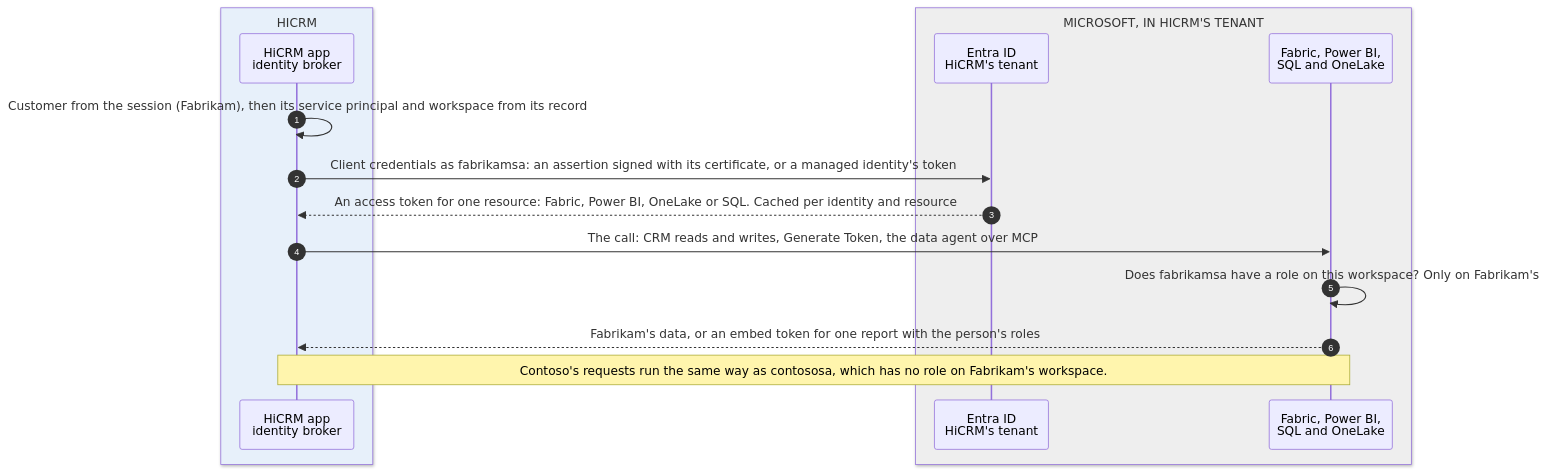
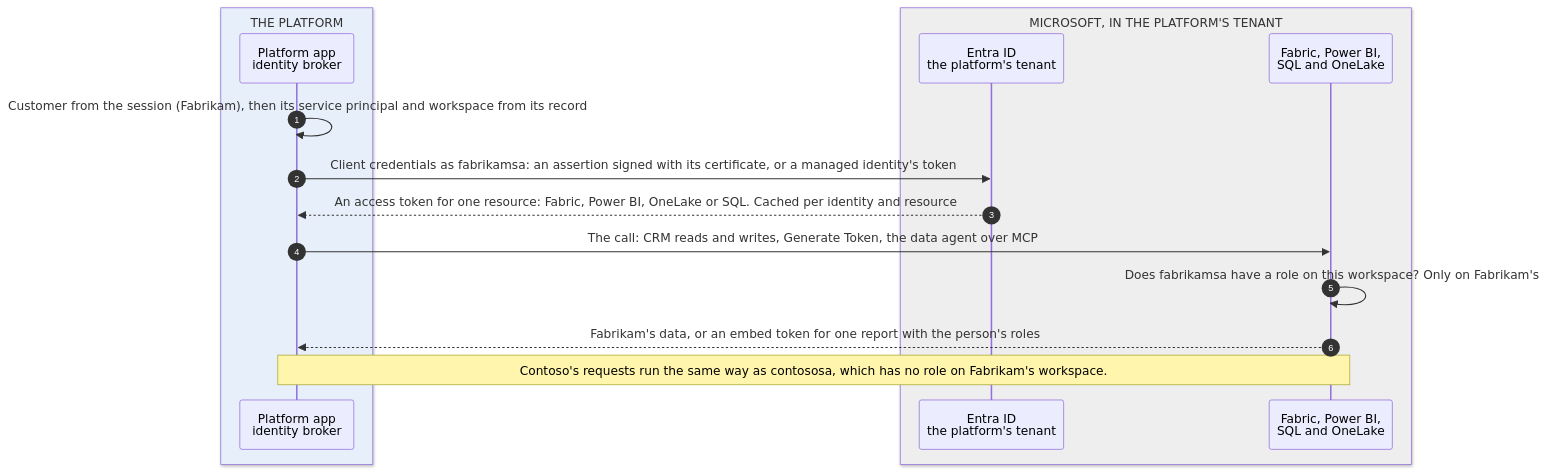
One commit to apkola29/fabric changed the fourth of 5 diagrams in saas-platform/IDENTITIES.md. Above: the diagram before and after it, drawn with Mermaid. The commit also changed other lines of this file and 72 other files, not shown here.

First line of the commit message:
saas-platform: rename HiCRM to the platform app; official Fabric icons

````diff
--- a/saas-platform/IDENTITIES.md
+++ b/saas-platform/IDENTITIES.md
@@ -295,19 +296,19 @@
 ```mermaid
 sequenceDiagram
   autonumber
-  box rgb(231,240,250) HICRM
-    participant A as HiCRM app<br/>identity broker
+  box rgb(231,240,250) THE PLATFORM
+    participant A as Platform app<br/>identity broker
   end
-  box rgb(238,238,238) MICROSOFT, IN HICRM'S TENANT
-    participant E as Entra ID<br/>HiCRM's tenant
+  box rgb(238,238,238) MICROSOFT, IN THE PLATFORM'S TENANT
+    participant E as Entra ID<br/>the platform's tenant
     participant F as Fabric, Power BI,<br/>SQL and OneLake
   end
 
   A->>A: Customer from the session (Fabrikam), then its service principal and workspace from its record
   A->>E: Client credentials as fabrikamsa: an assertion signed with its certificate, or a managed identity's token
   E-->>A: An access token for one resource: Fabric, Power BI, OneLake or SQL. Cached per identity and resource
   A->>F: The call: CRM reads and writes, Generate Token, the data agent over MCP
   F->>F: Does fabrikamsa have a role on this workspace? Only on Fabrikam's
   F-->>A: Fabrikam's data, or an embed token for one report with the person's roles
   Note over A,F: Contoso's requests run the same way as contososa, which has no role on Fabrikam's workspace.
 ```
````
